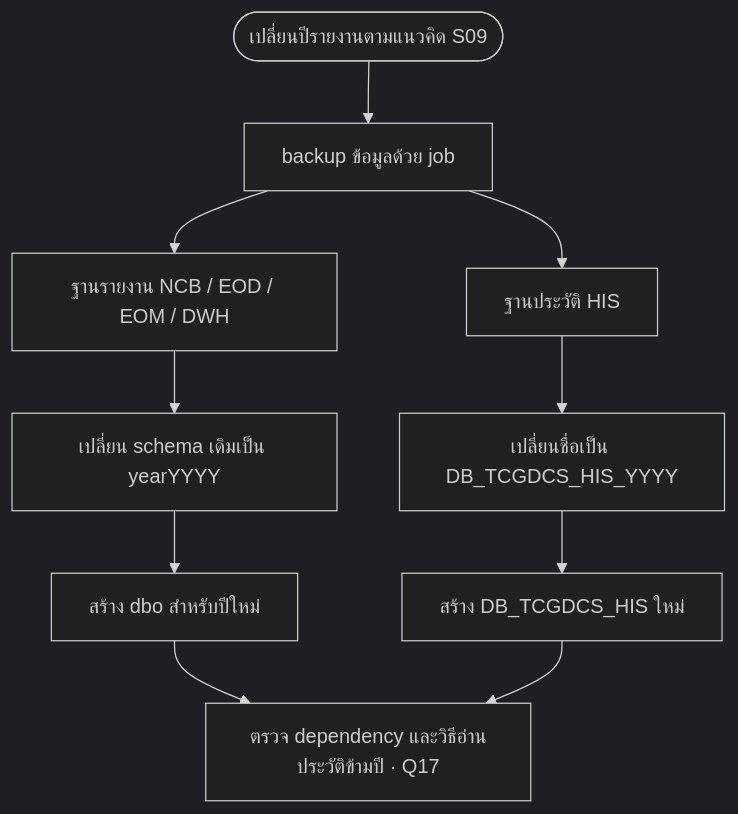
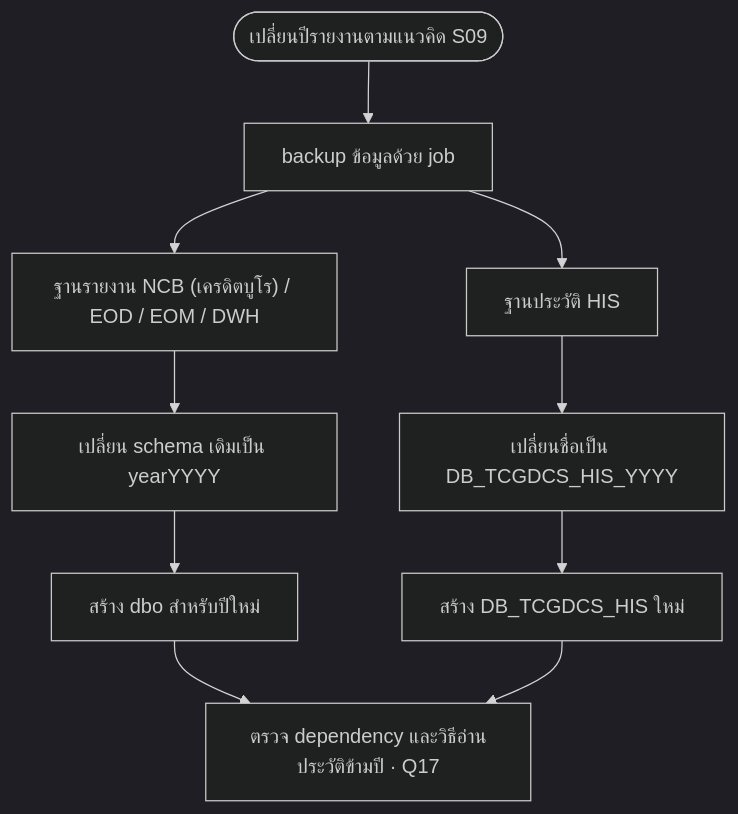
One commit to yukasung/eodncb changed the second of 3 diagrams in app/database/page.mdx. Above: the diagram before and after it, drawn with Mermaid (dark theme). The commit also changed other lines of this file and 16 other files, not shown here.

````diff
--- a/app/database/page.mdx
+++ b/app/database/page.mdx
@@ -53,13 +53,13 @@
 ```mermaid
 %%{init: {"flowchart": {"useMaxWidth": false}}}%%
 flowchart TD
     A([เปลี่ยนปีรายงานตามแนวคิด S09]) --> B[backup ข้อมูลด้วย job]
-    B --> C[ฐานรายงาน NCB / EOD / EOM / DWH]
+    B --> C["ฐานรายงาน NCB (เครดิตบูโร) / EOD / EOM / DWH"]
     B --> D[ฐานประวัติ HIS]
     C --> E[เปลี่ยน schema เดิมเป็น yearYYYY]
     E --> F[สร้าง dbo สำหรับปีใหม่]
     D --> G[เปลี่ยนชื่อเป็น DB_TCGDCS_HIS_YYYY]
     G --> H[สร้าง DB_TCGDCS_HIS ใหม่]
     F --> I[ตรวจ dependency และวิธีอ่านประวัติข้ามปี · Q17]
     H --> I
 ```
````
